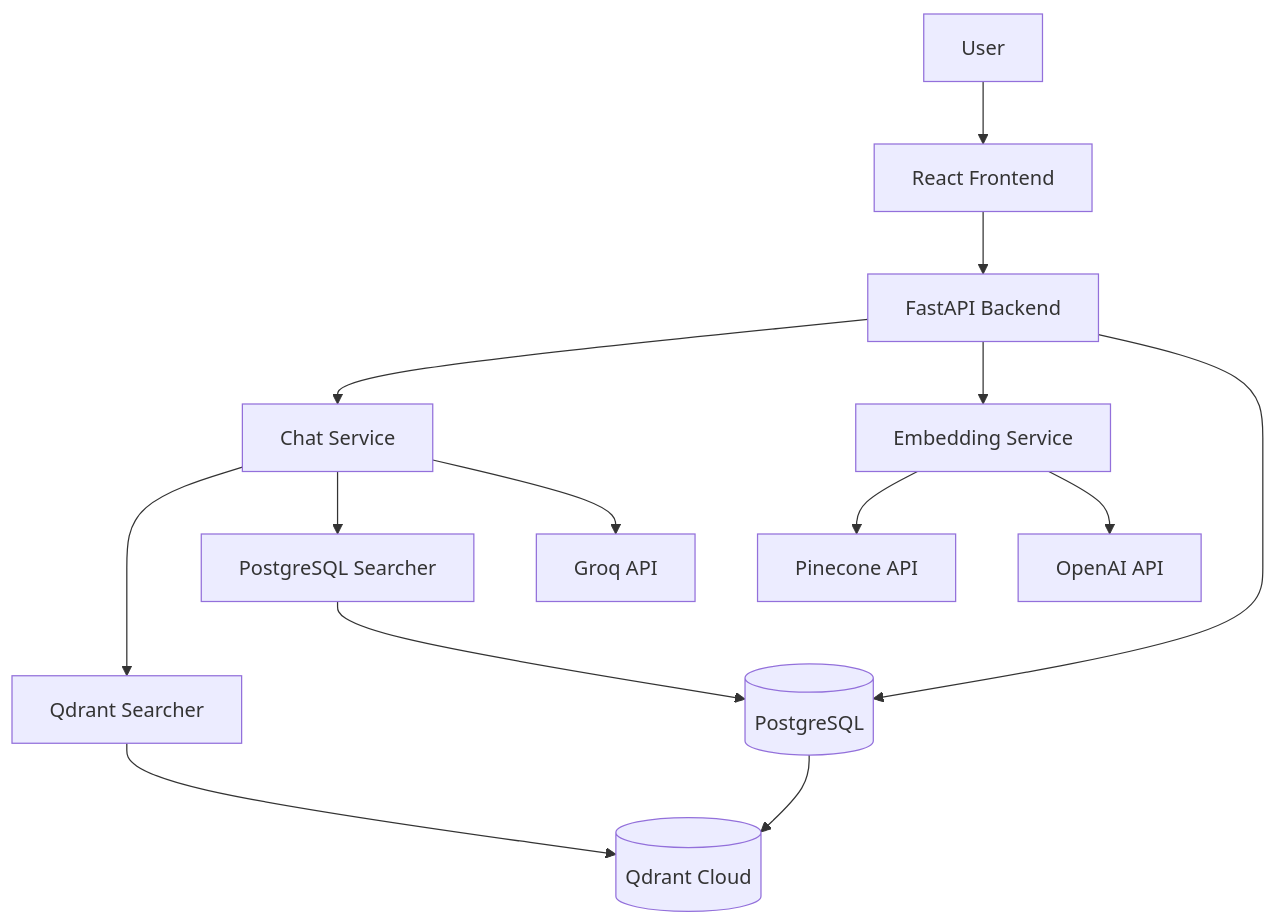
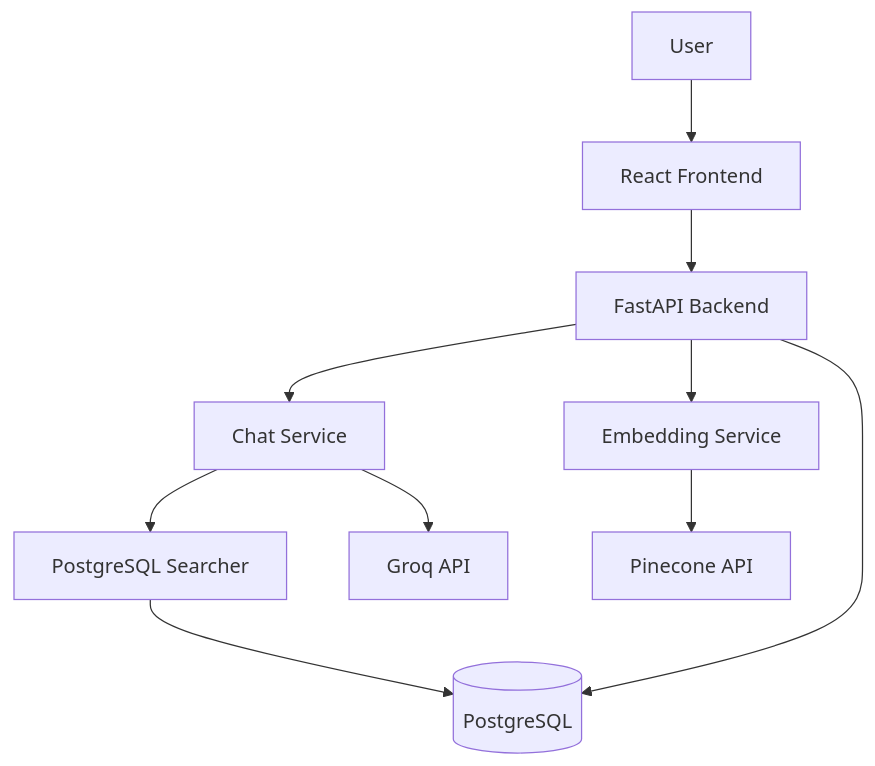
Before and after one commit to Syed007Hassan/Investment-Search: the diagram in README.md, drawn with Mermaid. The commit also changed other lines of this file and 9 other files, not shown here.

````diff
--- a/README.md
+++ b/README.md
@@ -118,21 +111,17 @@
 ```mermaid
 graph TB
     U[User] --> FE[React Frontend]
     FE --> API[FastAPI Backend]
     
     API --> CS[Chat Service]
     API --> ES[Embedding Service]
     
-    CS --> QS[Qdrant Searcher]
     CS --> PS[PostgreSQL Searcher]
     
     PS --> PG[(PostgreSQL)]
-    QS --> QD[(Qdrant Cloud)]
     
     ES --> PA[Pinecone API]
-    ES --> OA[OpenAI API]
     CS --> GR[Groq API]
     
     API --> PG
-    PG --> QD
 ```
````
